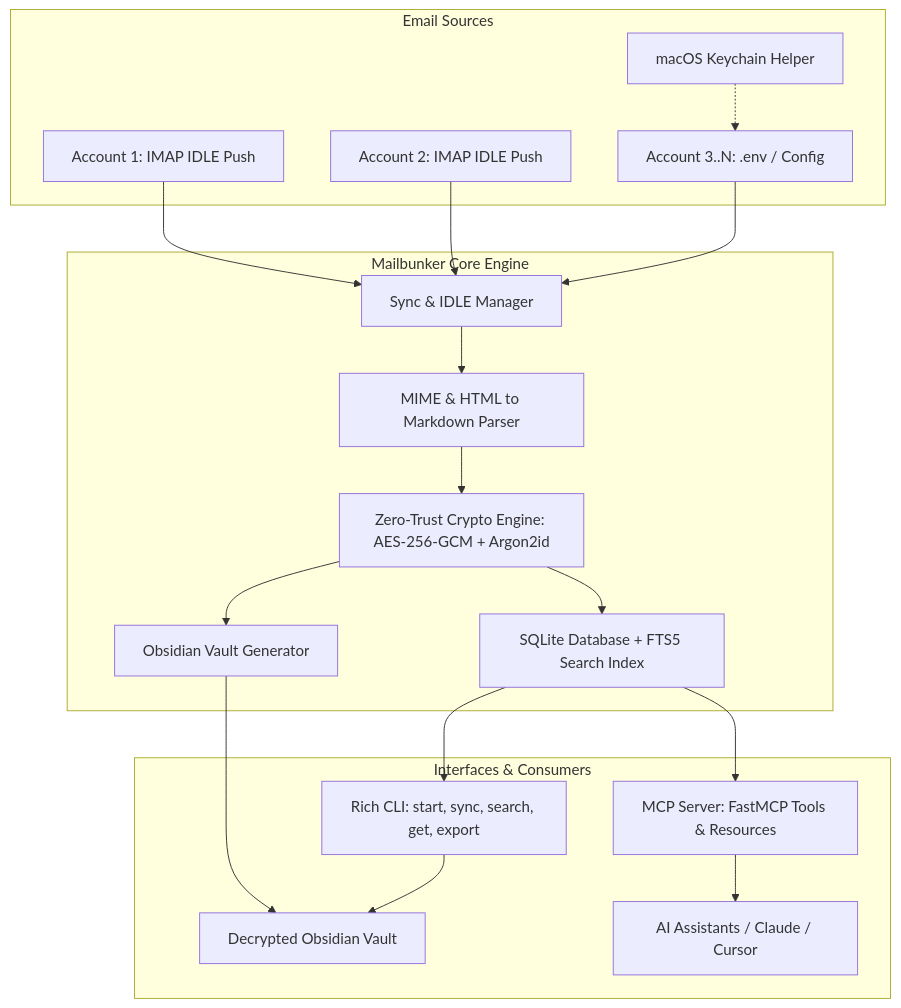
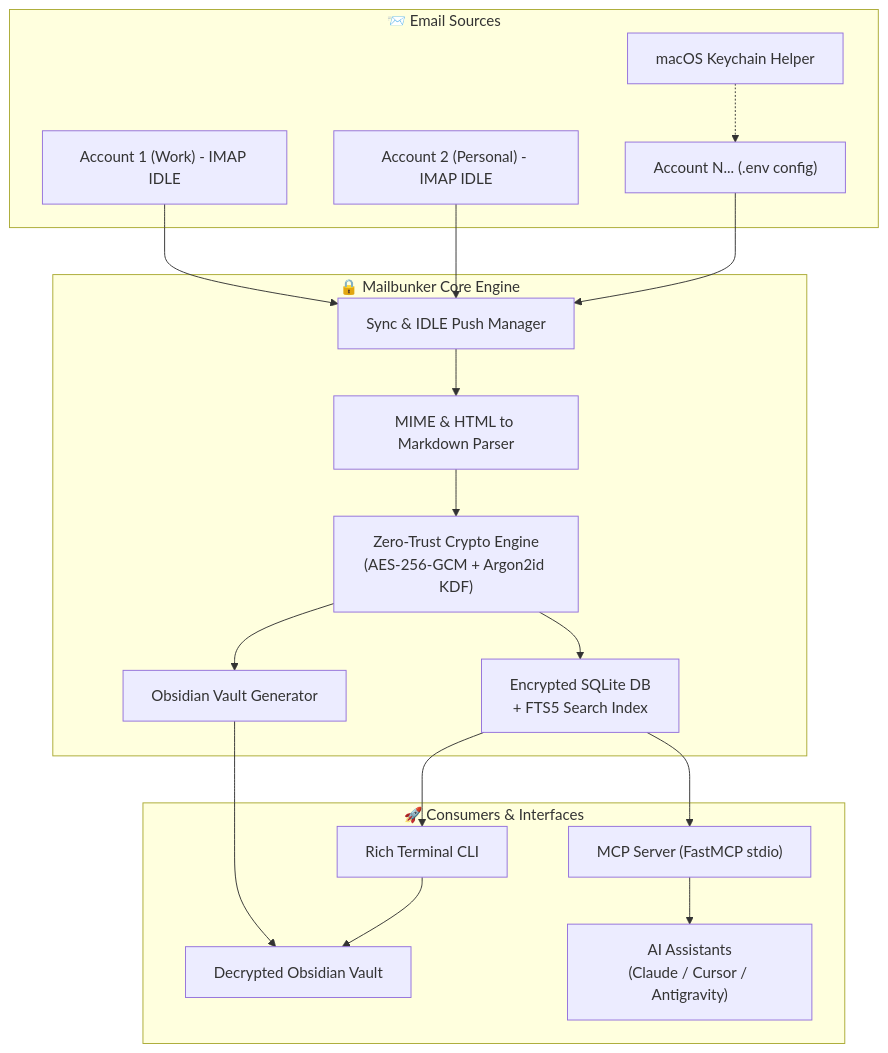
One commit to cubetribe/Mailbunker_MCP changed the diagram in README.md. Above: the diagram before and after it, drawn with Mermaid. The commit also changed other lines of this file and 60 other files, not shown here.

First line of the commit message:
feat: v0.2.0 — zero-trust filtering, injection hardening & local AI classification

````diff
--- a/README.md
+++ b/README.md
@@ -61,38 +90,38 @@
 ```mermaid
-graph TD
-    subgraph Email_Sources [Email Sources]
-        A1[Account 1: IMAP IDLE Push]
-        A2[Account 2: IMAP IDLE Push]
-        A3[Account 3..N: .env / Config]
-        KC[macOS Keychain Helper]
+flowchart TD
+    subgraph Sources ["📨 Email Sources"]
+        A1["Account 1 (Work) - IMAP IDLE"]
+        A2["Account 2 (Personal) - IMAP IDLE"]
+        AN["Account N... (.env config)"]
+        KC["macOS Keychain Helper"]
     end
 
-    subgraph Mailbunker_Core [Mailbunker Core Engine]
-        SM[Sync & IDLE Manager]
-        MP[MIME & HTML to Markdown Parser]
-        CE[Zero-Trust Crypto Engine: AES-256-GCM + Argon2id]
-        FTS[SQLite Database + FTS5 Search Index]
-        OV[Obsidian Vault Generator]
+    subgraph Core ["🔒 Mailbunker Core Engine"]
+        SM["Sync & IDLE Push Manager"]
+        MP["MIME & HTML to Markdown Parser"]
+        CE["Zero-Trust Crypto Engine<br/>(AES-256-GCM + Argon2id KDF)"]
+        FTS["Encrypted SQLite DB<br/>+ FTS5 Search Index"]
+        OV["Obsidian Vault Generator"]
     end
 
-    subgraph Interfaces [Interfaces & Consumers]
-        MCP[MCP Server: FastMCP Tools & Resources]
-        CLI[Rich CLI: start, sync, search, get, export]
-        OBS[Decrypted Obsidian Vault]
-        AI[AI Assistants / Claude / Cursor]
+    subgraph Consumers ["🚀 Consumers & Interfaces"]
+        MCP["MCP Server (FastMCP stdio)"]
+        CLI["Rich Terminal CLI"]
+        OBS["Decrypted Obsidian Vault"]
+        AI["AI Assistants<br/>(Claude / Cursor / Antigravity)"]
     end
 
     A1 --> SM
     A2 --> SM
-    A3 --> SM
-    KC -.-> A3
+    AN --> SM
+    KC -.-> AN
     SM --> MP
     MP --> CE
     CE --> FTS
     CE --> OV
     FTS --> MCP
     FTS --> CLI
     OV --> OBS
     MCP --> AI
     CLI --> OBS
 ```
````
